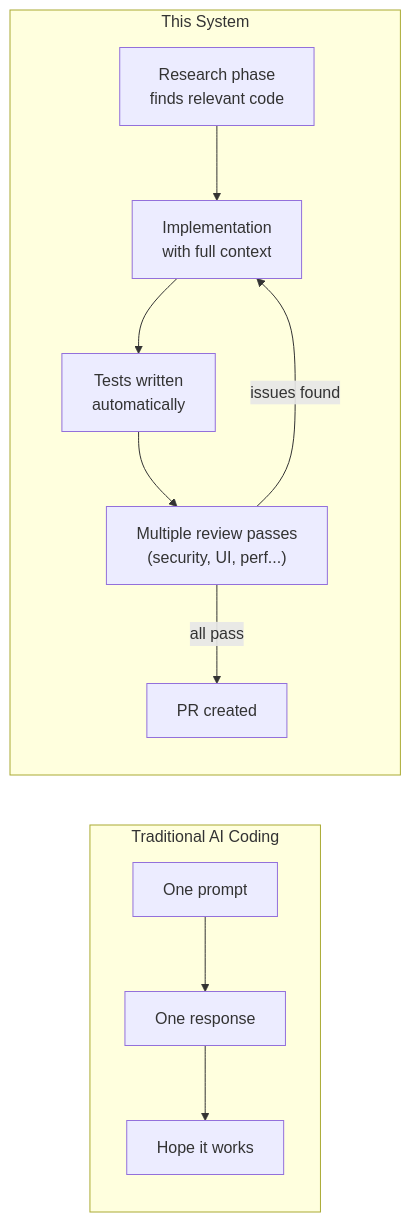
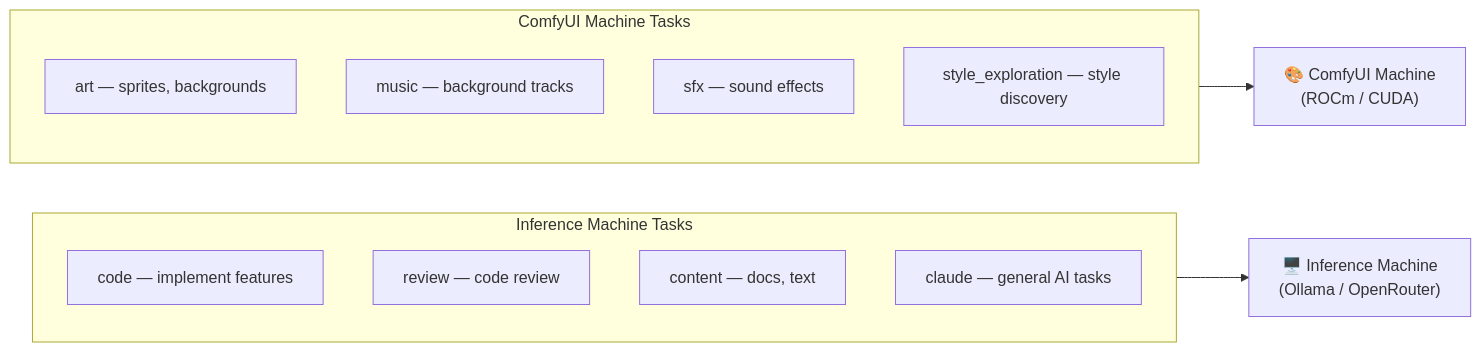
Before and after one commit to reffdev/auto-swe: the fourth of 10 diagrams in docs/architecture/00-how-it-works.md, drawn with Mermaid. The commit also changed other lines of this file and 18 other files, not shown here.

````diff
--- a/docs/architecture/00-how-it-works.md
+++ b/docs/architecture/00-how-it-works.md
@@ -64,14 +123,19 @@
 ```mermaid
 graph LR
-    subgraph Traditional["Traditional AI Coding"]
-        T1["One prompt"] --> T2["One response"] --> T3["Hope it works"]
+    subgraph InferenceTasks["Inference Machine Tasks"]
+        Code["code — implement features"]
+        Review["review — code review"]
+        Content["content — docs, text"]
+        Claude["claude — general AI tasks"]
     end
 
-    subgraph ThisSystem["This System"]
-        S1["Research phase\nfinds relevant code"] --> S2["Implementation\nwith full context"]
-        S2 --> S3["Tests written\nautomatically"]
-        S3 --> S4["Multiple review passes\n(security, UI, perf...)"]
-        S4 -->|"issues found"| S2
-        S4 -->|"all pass"| S5["PR created"]
+    subgraph ComfyUITasks["ComfyUI Machine Tasks"]
+        Art["art — sprites, backgrounds"]
+        Music["music — background tracks"]
+        SFX["sfx — sound effects"]
+        Style["style_exploration — style discovery"]
     end
+
+    InferenceTasks --> Inference["🖥️ Inference Machine\n(Ollama / OpenRouter)"]
+    ComfyUITasks --> ComfyUI["🎨 ComfyUI Machine\n(ROCm / CUDA)"]
 ```
````
